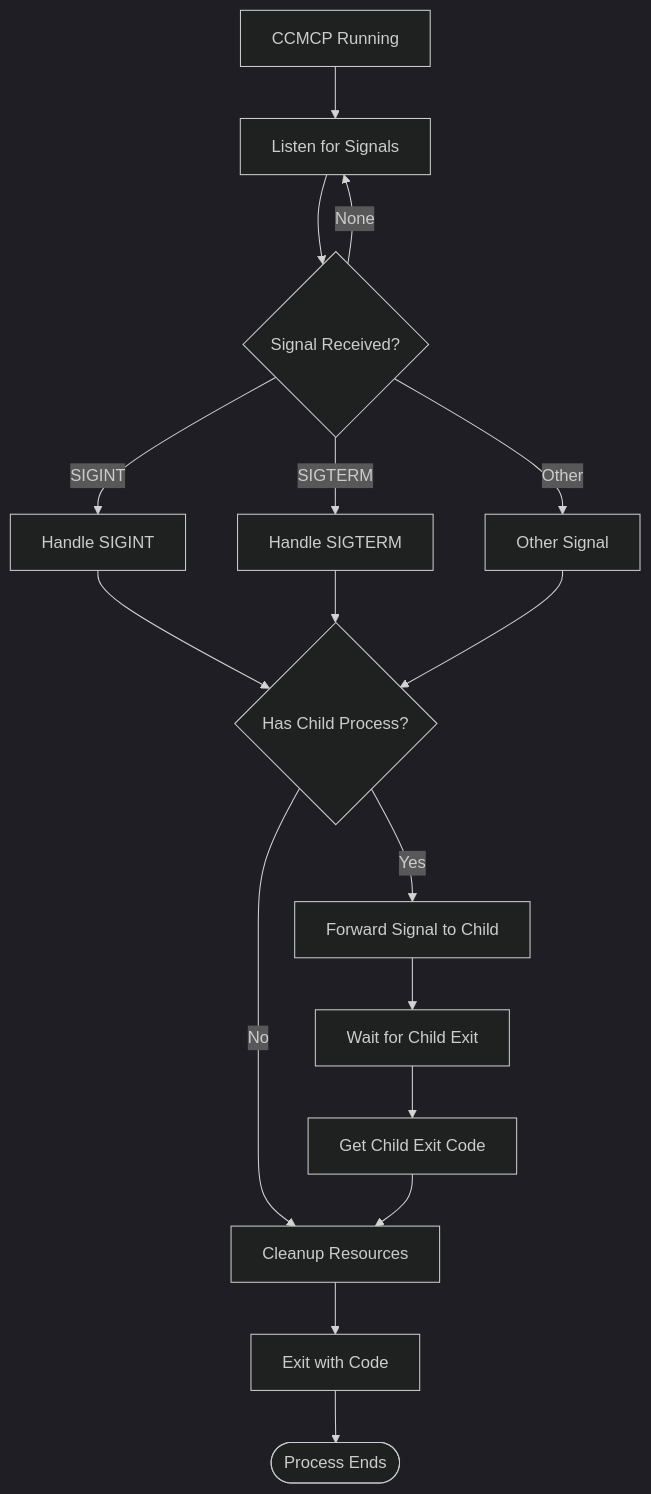
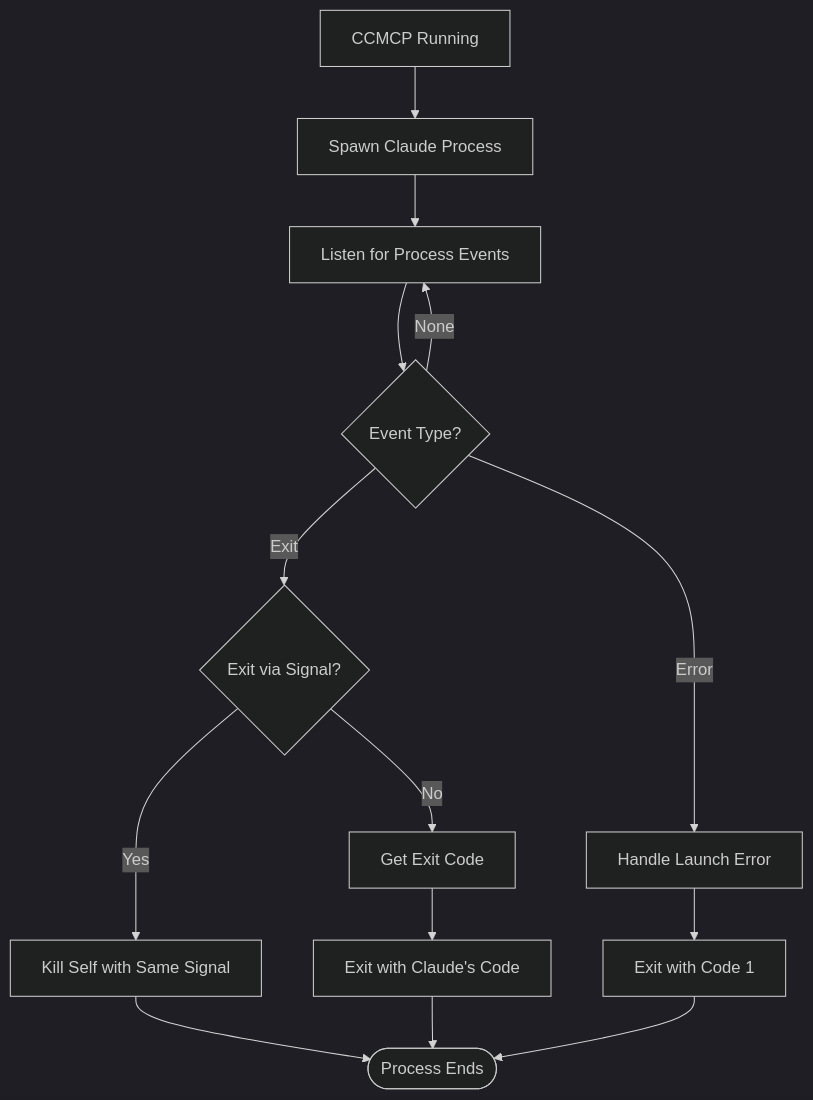
Before and after one commit to gsong/ccmcp: the seventh of 14 diagrams in specs/diagrams.md, drawn with Mermaid (dark theme). The commit also changed other lines of this file and 8 other files, not shown here.

````diff
--- a/specs/diagrams.md
+++ b/specs/diagrams.md
@@ -235,23 +279,19 @@
 ```mermaid
 flowchart TD
-    Start[CCMCP Running] --> Listen[Listen for Signals]
-    Listen --> Signal{Signal Received?}
-    Signal -->|SIGINT| Interrupt[Handle SIGINT]
-    Signal -->|SIGTERM| Terminate[Handle SIGTERM]
-    Signal -->|Other| Other[Other Signal]
-    Signal -->|None| Listen
+    Start[CCMCP Running] --> Spawn[Spawn Claude Process]
+    Spawn --> Listen[Listen for Process Events]
+    Listen --> Event{Event Type?}
 
-    Interrupt --> HasChild{Has Child Process?}
-    Terminate --> HasChild
-    Other --> HasChild
+    Event -->|Exit| CheckSignal{Exit via Signal?}
+    Event -->|Error| HandleError[Handle Launch Error]
+    Event -->|None| Listen
 
-    HasChild -->|Yes| ForwardSignal[Forward Signal to Child]
-    HasChild -->|No| Cleanup[Cleanup Resources]
+    CheckSignal -->|Yes| KillSelf[Kill Self with Same Signal]
+    CheckSignal -->|No| GetCode[Get Exit Code]
 
-    ForwardSignal --> WaitChild[Wait for Child Exit]
-    WaitChild --> GetExit[Get Child Exit Code]
-    GetExit --> Cleanup
-
-    Cleanup --> Exit[Exit with Code]
-    Exit --> End([Process Ends])
+    GetCode --> ExitCode[Exit with Claude's Code]
+    HandleError --> ExitOne[Exit with Code 1]
+    KillSelf --> End([Process Ends])
+    ExitCode --> End
+    ExitOne --> End
 ```
````
